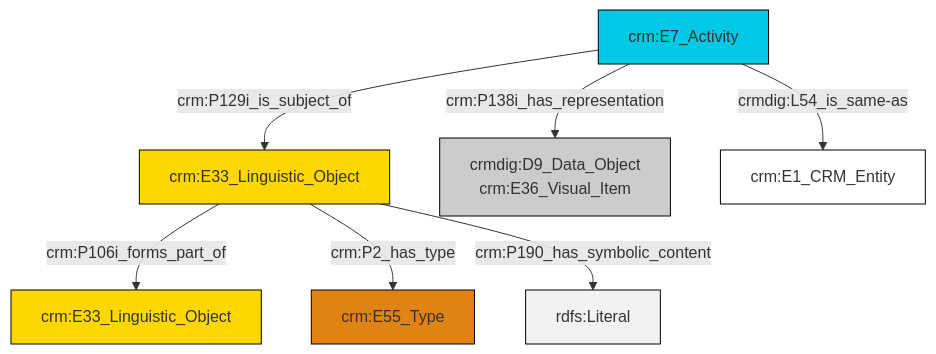
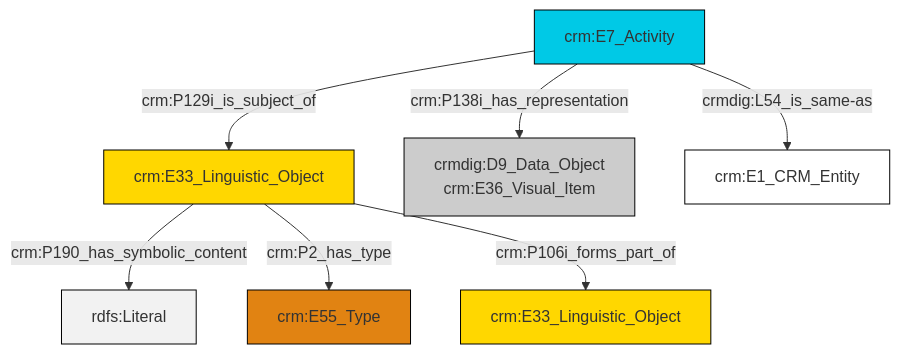
One commit to swiss-art-research-net/reference-data-models changed the diagram in et/eventCSV/ttl/mmd/event_documentation.ttl.mmd. Above: the diagram before and after it, drawn with Mermaid. The commit also changed 126 other files, not shown here.

```diff
--- a/et/eventCSV/ttl/mmd/event_documentation.ttl.mmd
+++ b/et/eventCSV/ttl/mmd/event_documentation.ttl.mmd
@@ -1,21 +1,21 @@
 graph TD
 classDef Literal fill:#f2f2f2,stroke:#000000;
 classDef CRM_Entity fill:#FFFFFF,stroke:#000000;
 classDef Temporal_Entity fill:#00C9E6, stroke:#000000;
 classDef Type fill:#E18312, stroke:#000000;
 classDef Time-Span fill:#2C9C91, stroke:#000000;
 classDef Appellation fill:#FFEB7F, stroke:#000000;
 classDef Place fill:#008836, stroke:#000000;
 classDef Persistent_Item fill:#B266B2, stroke:#000000;
 classDef Conceptual_Object fill:#FFD700, stroke:#000000;
 classDef Physical_Thing fill:#D2B48C, stroke:#000000;
 classDef Actor fill:#f58aad, stroke:#000000;
 classDef PC_Classes fill:#4ce600, stroke:#000000;
 classDef Multi fill:#cccccc,stroke:#000000;
 
-2["crm:E33_Linguistic_Object"]:::Conceptual_Object -->|crm:P106i_forms_part_of| 0["crm:E33_Linguistic_Object"]:::Conceptual_Object
-8["crm:E7_Activity"]:::Temporal_Entity -->|crm:P129i_is_subject_of| 2["crm:E33_Linguistic_Object"]:::Conceptual_Object
-2["crm:E33_Linguistic_Object"]:::Conceptual_Object -->|crm:P2_has_type| 6["crm:E55_Type"]:::Type
-8["crm:E7_Activity"]:::Temporal_Entity -->|crm:P138i_has_representation| 4["crmdig:D9_Data_Object<br>crm:E36_Visual_Item"]:::Multi
-8["crm:E7_Activity"]:::Temporal_Entity -->|crmdig:L54_is_same-as| 11["crm:E1_CRM_Entity"]:::CRM_Entity
-2["crm:E33_Linguistic_Object"]:::Conceptual_Object -->|crm:P190_has_symbolic_content| 13[rdfs:Literal]:::Literal
+0["crm:E33_Linguistic_Object"]:::Conceptual_Object -->|crm:P190_has_symbolic_content| 1[rdfs:Literal]:::Literal
+0["crm:E33_Linguistic_Object"]:::Conceptual_Object -->|crm:P2_has_type| 2["crm:E55_Type"]:::Type
+0["crm:E33_Linguistic_Object"]:::Conceptual_Object -->|crm:P106i_forms_part_of| 7["crm:E33_Linguistic_Object"]:::Conceptual_Object
+12["crm:E7_Activity"]:::Temporal_Entity -->|crmdig:L54_is_same-as| 9["crm:E1_CRM_Entity"]:::CRM_Entity
+12["crm:E7_Activity"]:::Temporal_Entity -->|crm:P129i_is_subject_of| 0["crm:E33_Linguistic_Object"]:::Conceptual_Object
+12["crm:E7_Activity"]:::Temporal_Entity -->|crm:P138i_has_representation| 4["crmdig:D9_Data_Object<br>crm:E36_Visual_Item"]:::Multi
```
